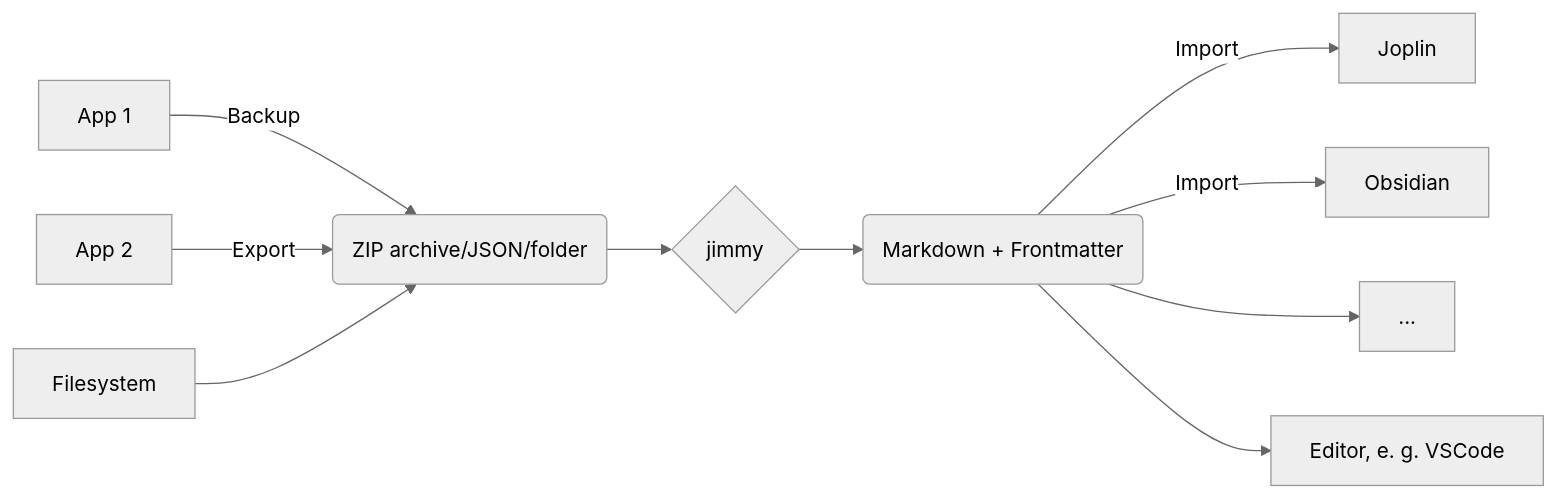
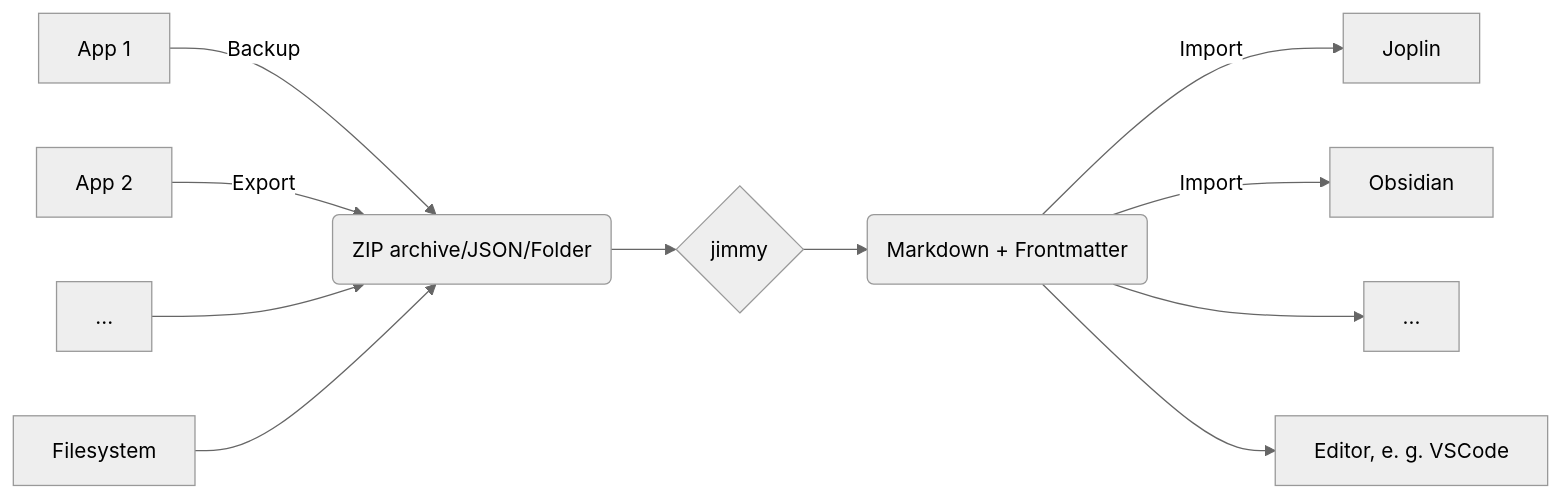
The diagram in readme.md (marph91/jimmy), drawn with Mermaid (neutral theme) before and after one commit. The commit also changed 5 other files, not shown here.

````diff
--- a/readme.md
+++ b/readme.md
@@ -27,12 +27,13 @@
 ```mermaid
 flowchart LR
-    A[App 1] -->|Backup| D
-    B[App 2] -->|Export| D
-    C[Filesystem] --> D
-    D(ZIP archive/JSON/folder) --> E
-    E{jimmy} --> F(Markdown + Frontmatter)
-    F -->|Import| G[Joplin]
-    F -->|Import| H[Obsidian]
-    F --> I[...]
-    F --> J[Editor, e. g. VSCode]
+    A[App 1] -->|Backup| M
+    B[App 2] -->|Export| M
+    C[...] --> M
+    D[Filesystem] --> M
+    M(ZIP archive/JSON/Folder) --> N
+    N{jimmy} --> O(Markdown + Frontmatter)
+    O -->|Import| P[Joplin]
+    O -->|Import| Q[Obsidian]
+    O --> R[...]
+    O --> S[Editor, e. g. VSCode]
 ```
````
